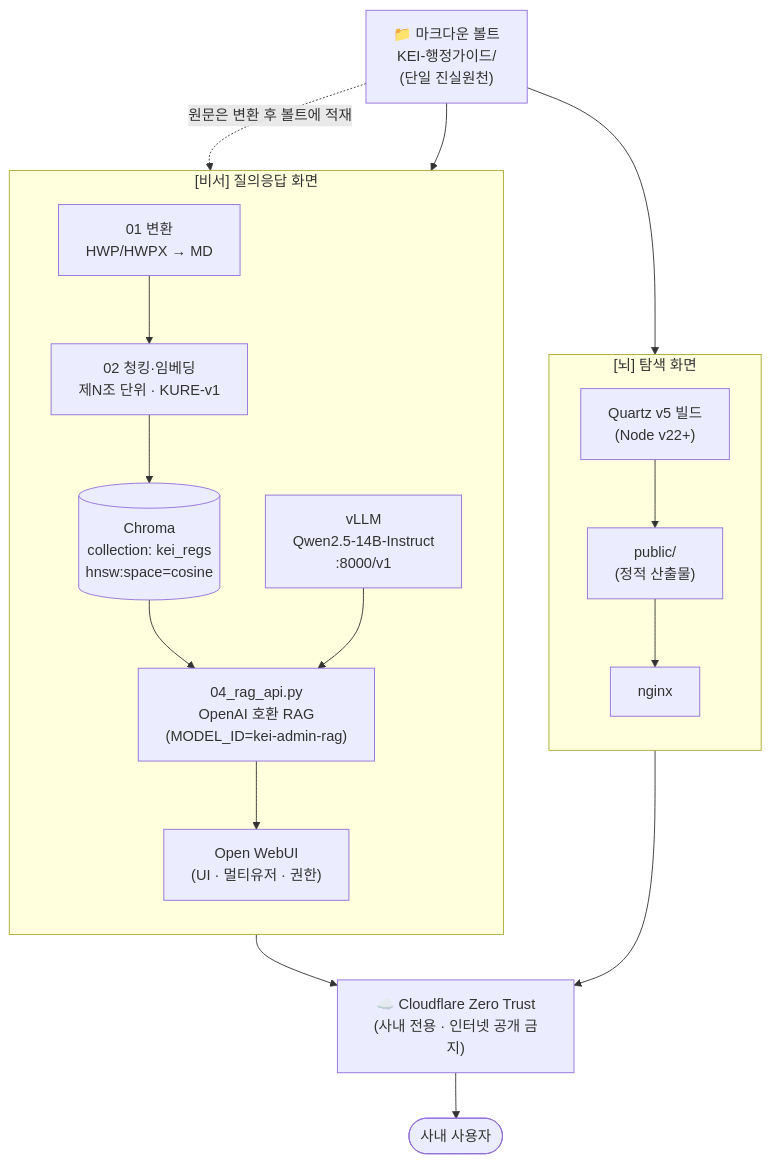
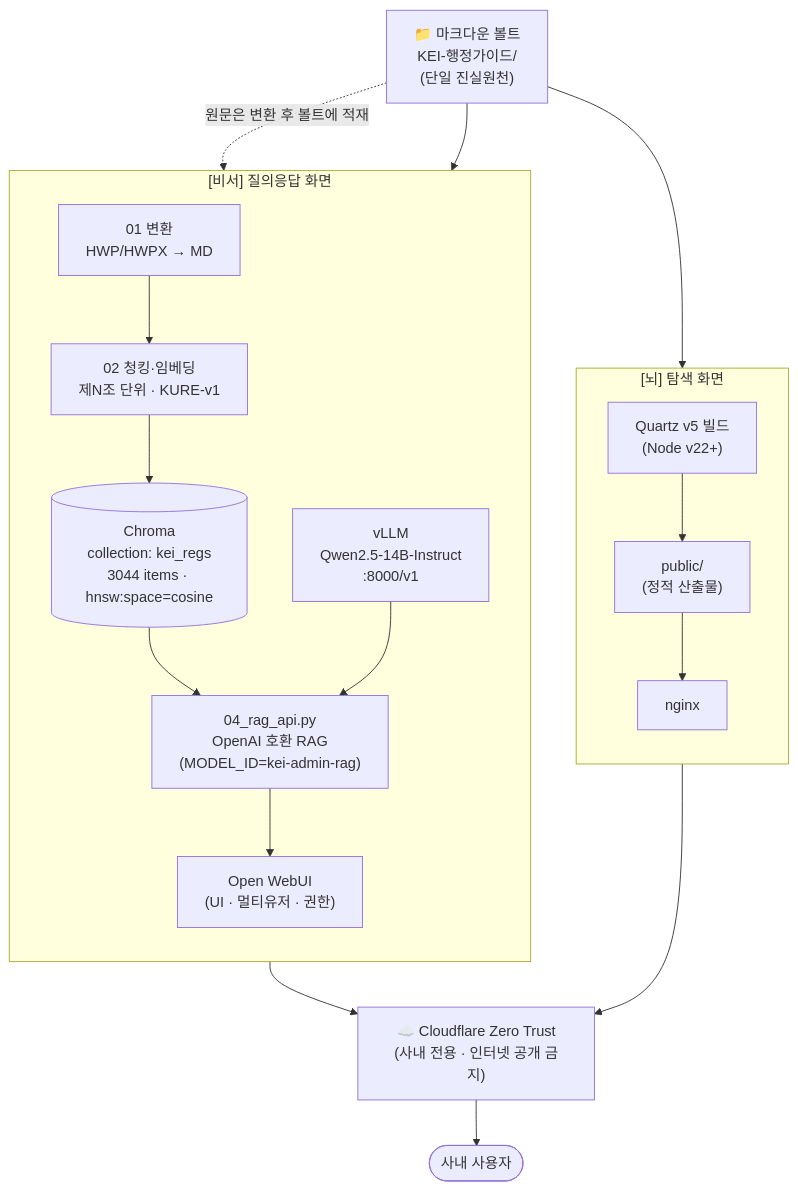
Before and after one commit to mooner92/KEIAdminSuperv: the first of 4 diagrams in docs/02-architecture.md, drawn with Mermaid. The commit also changed other lines of this file and 9 other files, not shown here.

````diff
--- a/docs/02-architecture.md
+++ b/docs/02-architecture.md
@@ -30,34 +30,34 @@
 ```mermaid
 flowchart TD
     VAULT["📁 마크다운 볼트<br/>KEI-행정가이드/<br/>(단일 진실원천)"]
 
     subgraph BRAIN["[뇌] 탐색 화면"]
         direction TB
         QUARTZ["Quartz v5 빌드<br/>(Node v22+)"]
         PUBLIC["public/<br/>(정적 산출물)"]
         NGINX["nginx"]
         QUARTZ --> PUBLIC --> NGINX
     end
 
     subgraph ASSIST["[비서] 질의응답 화면"]
         direction TB
         CONV["01 변환<br/>HWP/HWPX → MD"]
         EMBED["02 청킹·임베딩<br/>제N조 단위 · KURE-v1"]
-        CHROMA[("Chroma<br/>collection: kei_regs<br/>hnsw:space=cosine")]
+        CHROMA[("Chroma<br/>collection: kei_regs<br/>3044 items · hnsw:space=cosine")]
         RAGAPI["04_rag_api.py<br/>OpenAI 호환 RAG<br/>(MODEL_ID=kei-admin-rag)"]
         VLLM["vLLM<br/>Qwen2.5-14B-Instruct<br/>:8000/v1"]
         WEBUI["Open WebUI<br/>(UI · 멀티유저 · 권한)"]
         CONV --> EMBED --> CHROMA
         CHROMA --> RAGAPI
         VLLM --> RAGAPI
         RAGAPI --> WEBUI
     end
 
     VAULT --> QUARTZ
     VAULT -. "원문은 변환 후 볼트에 적재" .-> CONV
     VAULT --> EMBED
 
     NGINX --> CF["☁️ Cloudflare Zero Trust<br/>(사내 전용 · 인터넷 공개 금지)"]
     WEBUI --> CF
     CF --> USER(["사내 사용자"])
 ```
````
